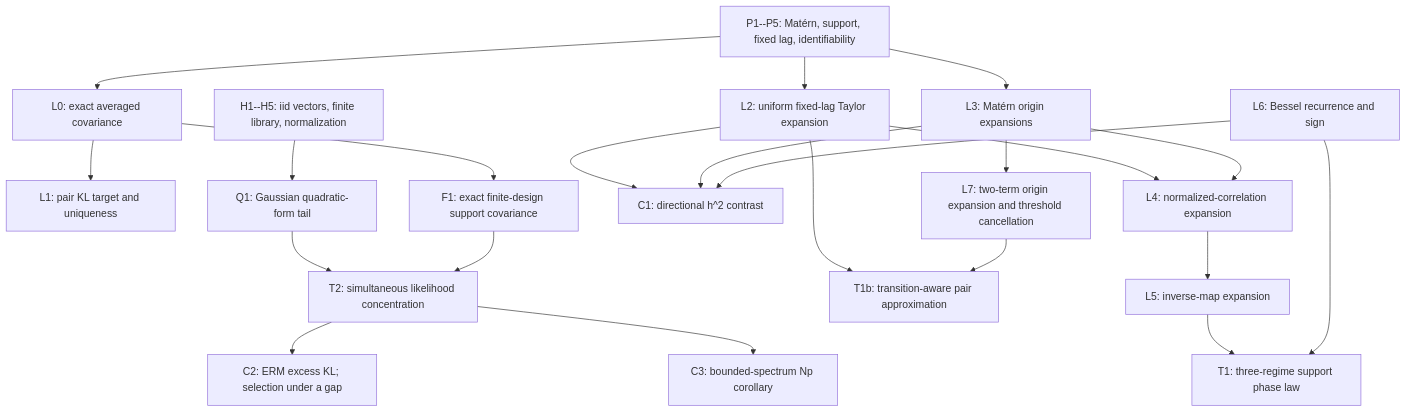
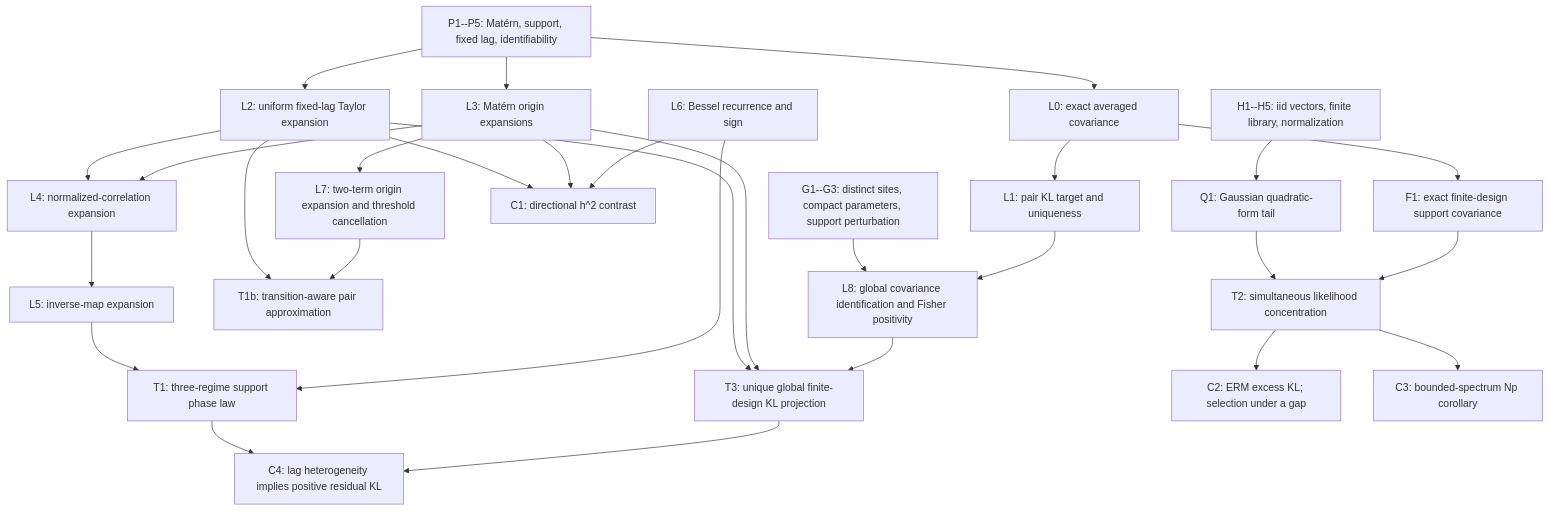
Before and after one commit to Sasha-Cui/HighDimSpatialStatistics: the diagram in docs/research/THEORY_DEPENDENCY_MAP.md, drawn with Mermaid. The commit also changed other lines of this file and 11 other files, not shown here.

First line of the commit message:
docs: strengthen the global finite-design KL projection theorem

````diff
--- a/docs/research/THEORY_DEPENDENCY_MAP.md
+++ b/docs/research/THEORY_DEPENDENCY_MAP.md
@@ -98,39 +117,50 @@
 ```mermaid
 flowchart TD
   P["P1--P5: Matérn, support, fixed lag, identifiability"]
   L0["L0: exact averaged covariance"]
   L1["L1: pair KL target and uniqueness"]
   L2["L2: uniform fixed-lag Taylor expansion"]
   L3["L3: Matérn origin expansions"]
   L4["L4: normalized-correlation expansion"]
   L5["L5: inverse-map expansion"]
   L6["L6: Bessel recurrence and sign"]
   T1["T1: three-regime support phase law"]
   L7["L7: two-term origin expansion and threshold cancellation"]
   T1b["T1b: transition-aware pair approximation"]
   C1["C1: directional h^2 contrast"]
   F1["F1: exact finite-design support covariance"]
+  G["G1--G3: distinct sites, compact parameters, support perturbation"]
+  L8["L8: global covariance identification and Fisher positivity"]
+  T3["T3: unique global finite-design KL projection"]
+  C4["C4: lag heterogeneity implies positive residual KL"]
   H["H1--H5: iid vectors, finite library, normalization"]
   Q1["Q1: Gaussian quadratic-form tail"]
   T2["T2: simultaneous likelihood concentration"]
   C2["C2: ERM excess KL; selection under a gap"]
   C3["C3: bounded-spectrum Np corollary"]
 
   P --> L0 --> L1
   P --> L2
   P --> L3
   L2 --> L4
   L3 --> L4 --> L5
   L5 --> T1
   L6 --> T1
   L3 --> L7
   L2 --> T1b
   L7 --> T1b
   L2 --> C1
   L3 --> C1
   L6 --> C1
   L0 --> F1
+  G --> L8
+  L1 --> L8
+  L2 --> T3
+  L3 --> T3
+  L8 --> T3
+  T1 --> C4
+  T3 --> C4
   H --> Q1 --> T2 --> C2
   T2 --> C3
   F1 --> T2
 ```
````
